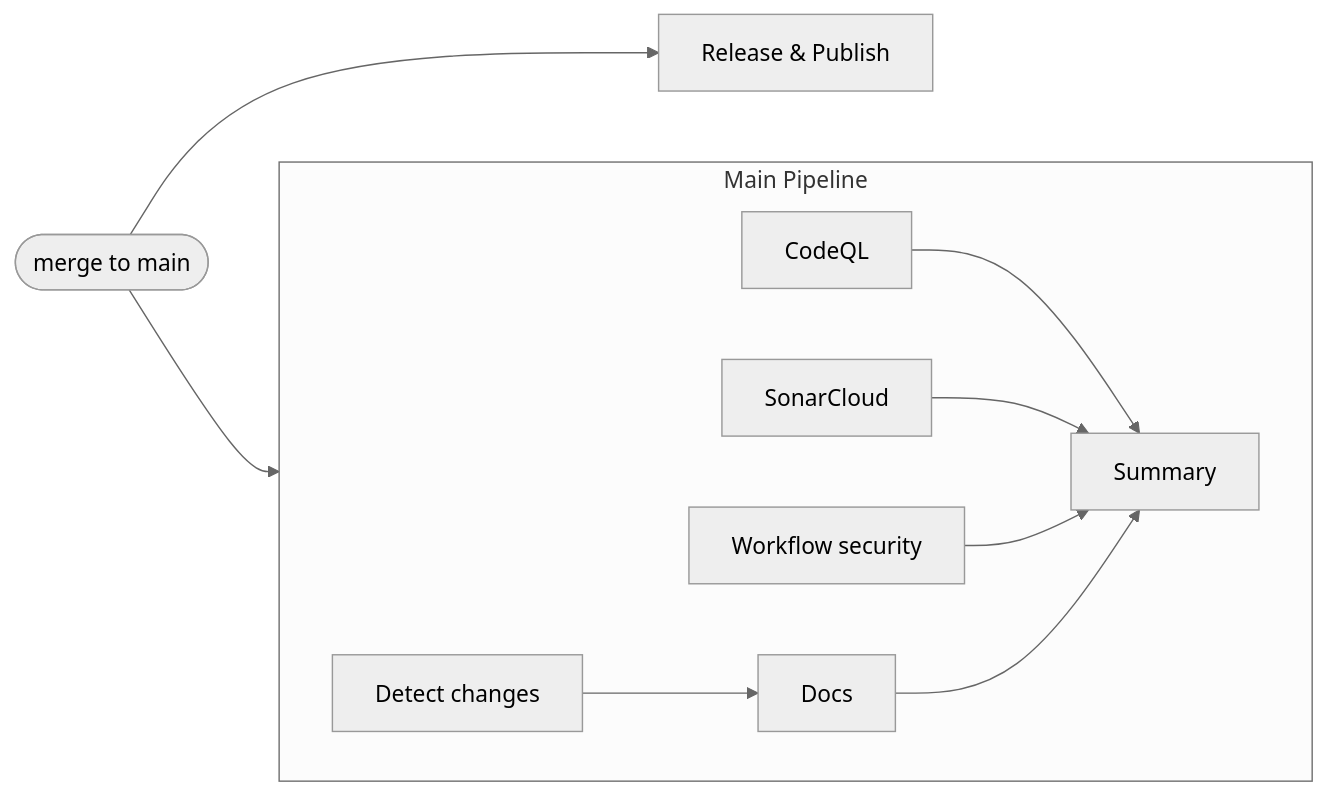
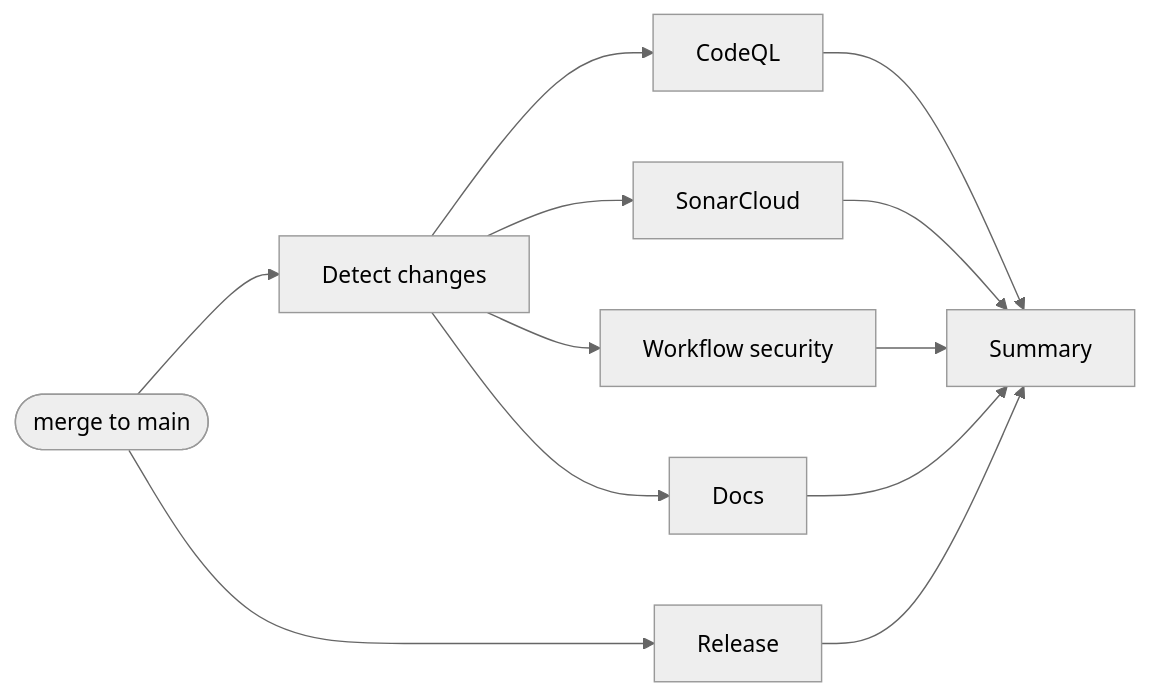
The diagram in docs/workflow/main-pipeline.md (sergienko4/israeli-bank-scrapers), drawn with Mermaid (neutral theme) before and after one commit. The commit also changed other lines of this file and 2 other files, not shown here.

First line of the commit message:
docs(workflow): document the one-run post-merge pipeline

````diff
--- a/docs/workflow/main-pipeline.md
+++ b/docs/workflow/main-pipeline.md
@@ -29,14 +28,14 @@
 ```mermaid
 flowchart LR
-  merge([merge to main]) --> mp
-  merge --> rel[Release &amp; Publish]
-
-  subgraph mp [Main Pipeline]
-    direction LR
-    changes[Detect changes] --> docs[Docs]
-    codeql[CodeQL] --> summary[Summary]
-    sonar[SonarCloud] --> summary
-    wfsec[Workflow security] --> summary
-    docs --> summary
-  end
+  merge([merge to main]) --> changes[Detect changes]
+  changes --> docs[Docs]
+  changes --> codeql[CodeQL]
+  changes --> sonar[SonarCloud]
+  changes --> wfsec[Workflow security]
+  merge --> release[Release]
+  codeql --> summary[Summary]
+  sonar --> summary
+  wfsec --> summary
+  docs --> summary
+  release --> summary
 ```
````
